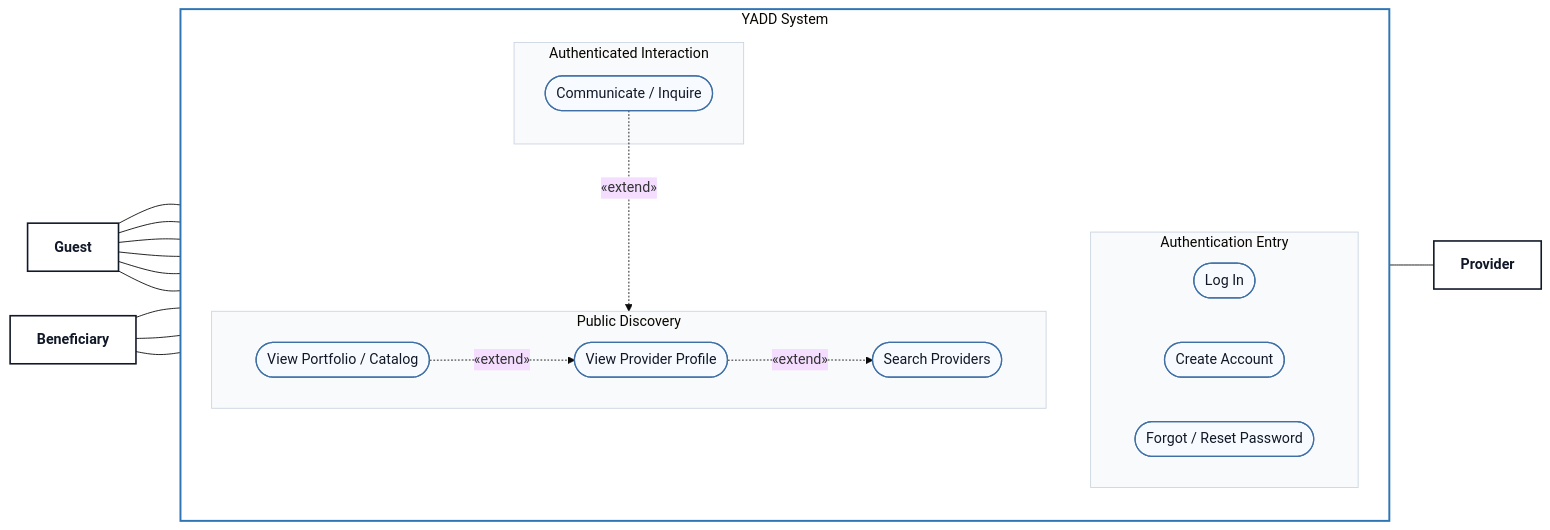
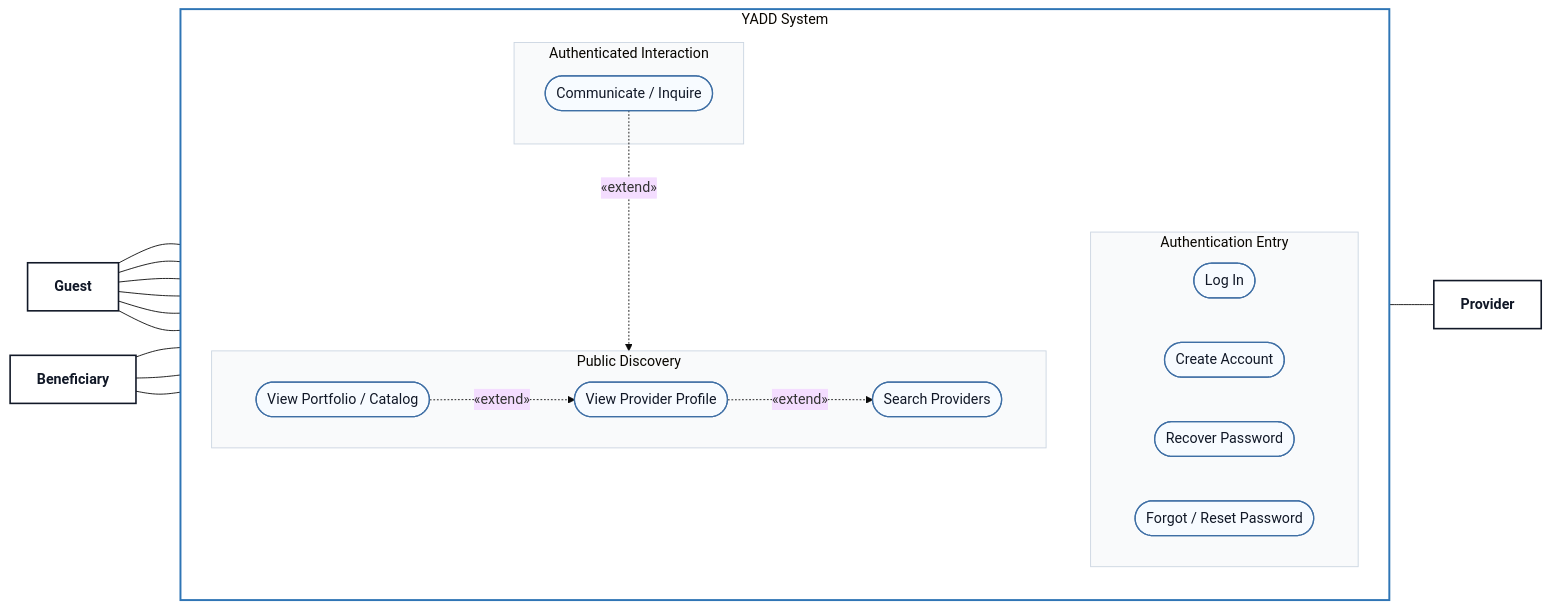
The diagram in diagrams/03-analysis/uml/use-case/01-public-access-discovery.md (Yadd-SanaaUniversityGraduationProject/yadd), drawn with Mermaid (base theme) before and after one commit. The commit also changed other lines of this file, not shown here.

Commit message:
Synchronize public-access use case with approved password recovery

````diff
--- a/diagrams/03-analysis/uml/use-case/01-public-access-discovery.md
+++ b/diagrams/03-analysis/uml/use-case/01-public-access-discovery.md
@@ -17,53 +17,54 @@
 ```mermaid
 flowchart LR
     G["Guest"]:::actor
     B["Beneficiary"]:::actor
 
     subgraph SYS["YADD System"]
         direction TB
 
         subgraph AUTH["Authentication Entry"]
             direction LR
             LOGIN(["Log In"]):::usecase
             REGISTER(["Create Account"]):::usecase
+            RECOVER(["Recover Password"]):::usecase
             FORGOT(["Forgot / Reset Password"]):::usecase
         end
 
         subgraph DISCOVERY["Public Discovery"]
             direction LR
             SEARCH(["Search Providers"]):::usecase
             PROFILE(["View Provider Profile"]):::usecase
             SHOWCASE(["View Portfolio / Catalog"]):::usecase
         end
 
         subgraph INTERACTION["Authenticated Interaction"]
             CHAT(["Communicate / Inquire"]):::usecase
         end
     end
 
     P["Provider"]:::actor
 
     G --- LOGIN
     G --- REGISTER
     G --- FORGOT
     G --- SEARCH
     G --- PROFILE
     G --- SHOWCASE
 
     B --- SEARCH
     B --- PROFILE
     B --- CHAT
     CHAT --- P
 
     PROFILE -.->|«extend»| SEARCH
     SHOWCASE -.->|«extend»| PROFILE
     CHAT -.->|«extend»| PROFILE
 
     classDef actor fill:#FFFFFF,stroke:#111827,stroke-width:1.8px,color:#111827,font-weight:bold;
     classDef usecase fill:#F7FBFF,stroke:#3F6FA5,stroke-width:1.4px,color:#111827;
 
     style SYS fill:#FFFFFF,stroke:#2F75B5,stroke-width:2.2px
     style AUTH fill:#F9FAFB,stroke:#CBD5E1,stroke-width:1px
     style DISCOVERY fill:#F9FAFB,stroke:#CBD5E1,stroke-width:1px
     style INTERACTION fill:#F9FAFB,stroke:#CBD5E1,stroke-width:1px
 ```
````
